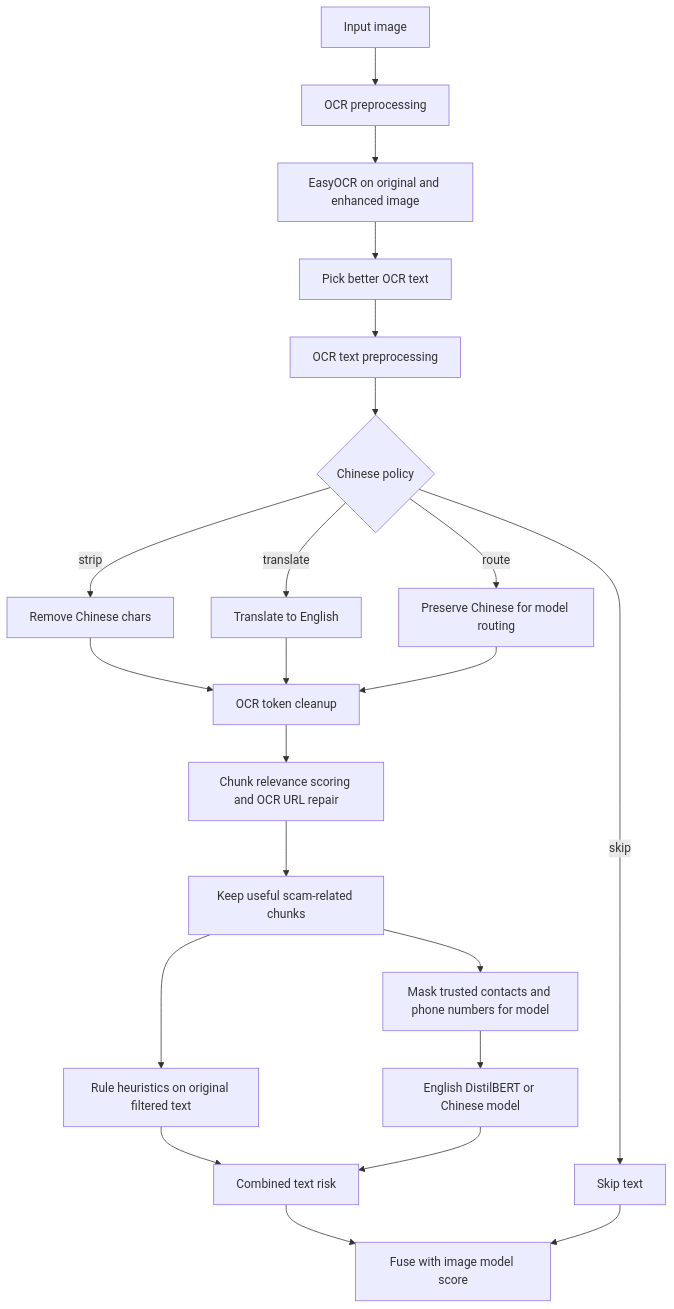
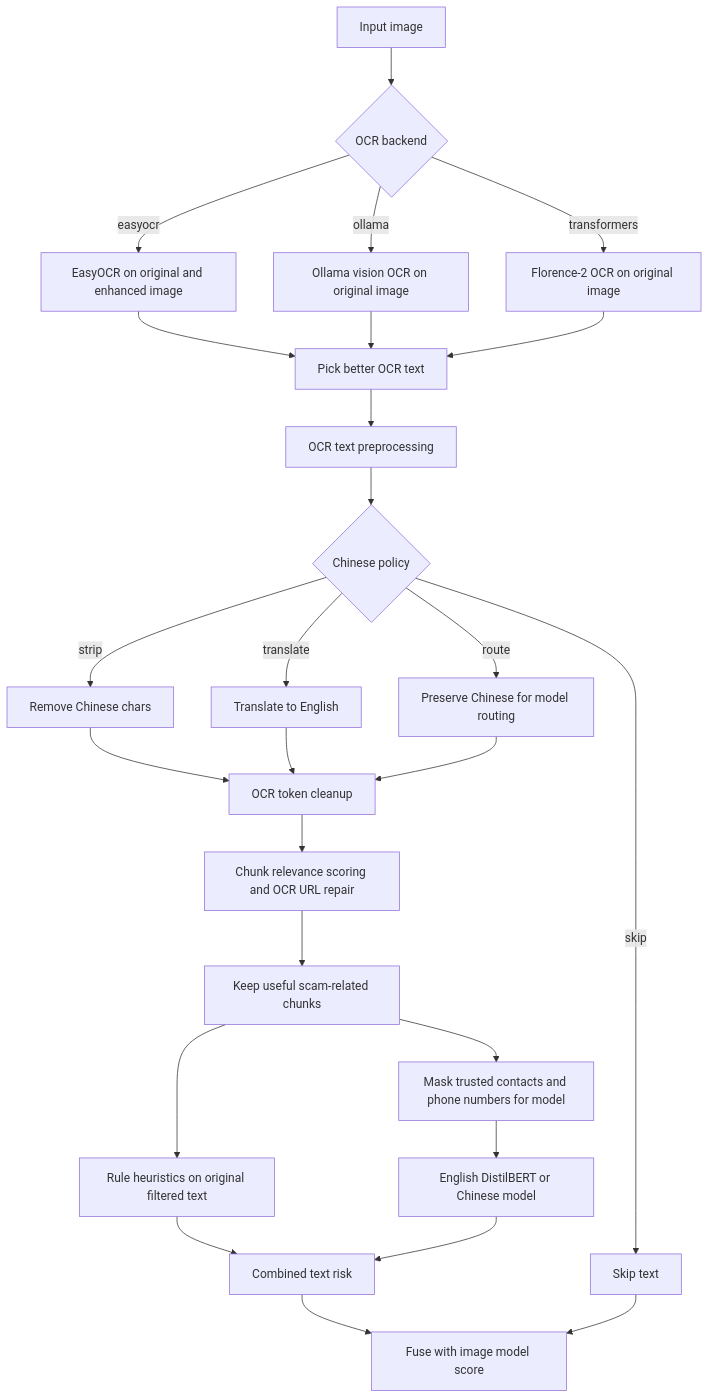
One commit to Yiifeiii/CS3264_PhishingDetection changed the diagram in README.md. Above: the diagram before and after it, drawn with Mermaid. The commit also changed other lines of this file and 18 other files, not shown here.

````diff
--- a/README.md
+++ b/README.md
@@ -126,24 +155,28 @@
 ```mermaid
 flowchart TD
-    A[Input image] --> B[OCR preprocessing]
-    B --> C[EasyOCR on original and enhanced image]
-    C --> D[Pick better OCR text]
-    D --> E[OCR text preprocessing]
-    E --> F{Chinese policy}
-    F -->|strip| G[Remove Chinese chars]
-    F -->|skip| H[Skip text]
-    F -->|translate| I[Translate to English]
-    F -->|route| J[Preserve Chinese for model routing]
-    G --> K[OCR token cleanup]
-    I --> K
-    J --> K
-    K --> L[Chunk relevance scoring and OCR URL repair]
-    L --> M[Keep useful scam-related chunks]
-    M --> N[Rule heuristics on original filtered text]
-    M --> O[Mask trusted contacts and phone numbers for model]
-    O --> P[English DistilBERT or Chinese model]
-    N --> Q[Combined text risk]
-    P --> Q
-    Q --> R[Fuse with image model score]
-    H --> R
+    A[Input image] --> B{OCR backend}
+    B -->|easyocr| C[EasyOCR on original and enhanced image]
+    B -->|ollama| D[Ollama vision OCR on original image]
+    B -->|transformers| D2[Florence-2 OCR on original image]
+    C --> E[Pick better OCR text]
+    D --> E
+    D2 --> E
+    E --> F[OCR text preprocessing]
+    F --> G{Chinese policy}
+    G -->|strip| H[Remove Chinese chars]
+    G -->|skip| I[Skip text]
+    G -->|translate| J[Translate to English]
+    G -->|route| K[Preserve Chinese for model routing]
+    H --> L[OCR token cleanup]
+    J --> L
+    K --> L
+    L --> M[Chunk relevance scoring and OCR URL repair]
+    M --> N[Keep useful scam-related chunks]
+    N --> O[Rule heuristics on original filtered text]
+    N --> P[Mask trusted contacts and phone numbers for model]
+    P --> Q[English DistilBERT or Chinese model]
+    O --> R[Combined text risk]
+    Q --> R
+    R --> S[Fuse with image model score]
+    I --> S
 ```
````
